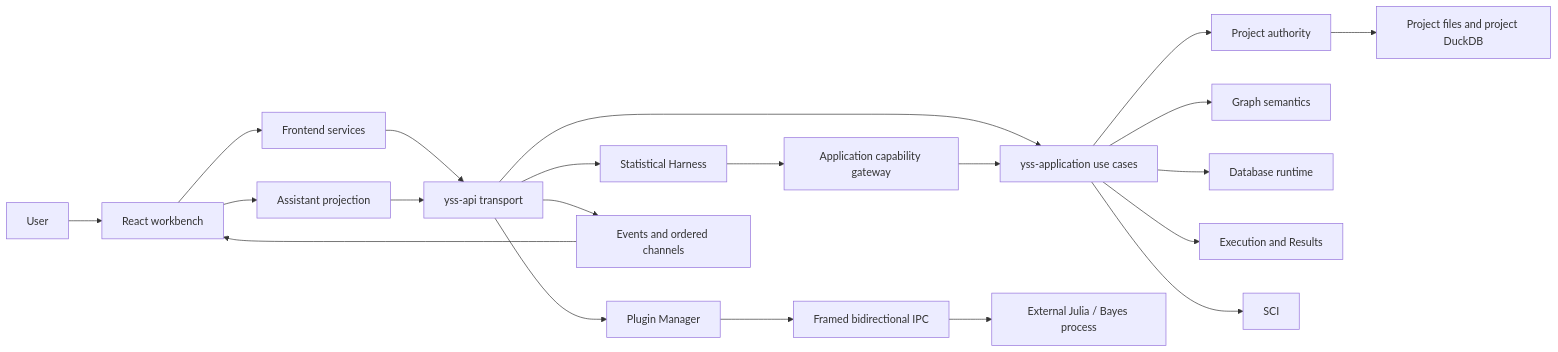
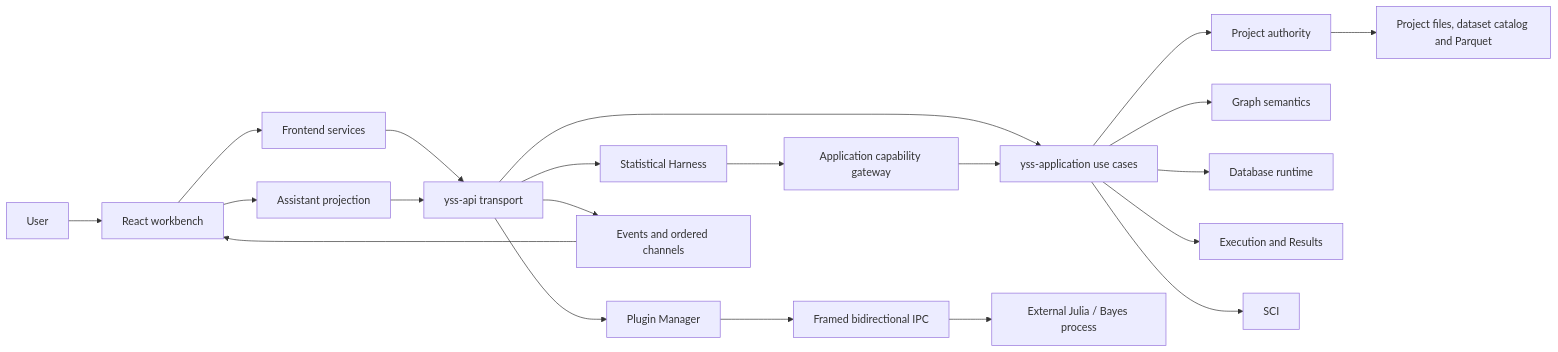
Before and after one commit to zhouyi207/YssBI: the first of 2 diagrams in docs/architecture/ARCHITECTURE.md, drawn with Mermaid. The commit also changed other lines of this file and 11 other files, not shown here.

Commit message:
docs(architecture): record engine migration and projection contracts

````diff
--- a/docs/architecture/ARCHITECTURE.md
+++ b/docs/architecture/ARCHITECTURE.md
@@ -14,23 +14,23 @@
 ```mermaid
 flowchart LR
   USER[User] --> UI[React workbench]
   UI --> SERVICES[Frontend services]
   SERVICES --> API[yss-api transport]
   API --> APP[yss-application use cases]
   APP --> PROJECT[Project authority]
   APP --> GRAPH[Graph semantics]
   APP --> DATABASE[Database runtime]
   APP --> EXECUTION[Execution and Results]
   APP --> SCI[SCI]
   API --> PLUGINS[Plugin Manager]
   PLUGINS --> IPC[Framed bidirectional IPC]
   IPC --> EXT[External Julia / Bayes process]
   UI --> HARNESSUI[Assistant projection]
   HARNESSUI --> API
   API --> HARNESS[Statistical Harness]
   HARNESS --> GATEWAY[Application capability gateway]
   GATEWAY --> APP
-  PROJECT --> STORAGE[Project files and project DuckDB]
+  PROJECT --> STORAGE[Project files, dataset catalog and Parquet]
   API --> STREAMS[Events and ordered channels]
   STREAMS --> UI
 ```
````
